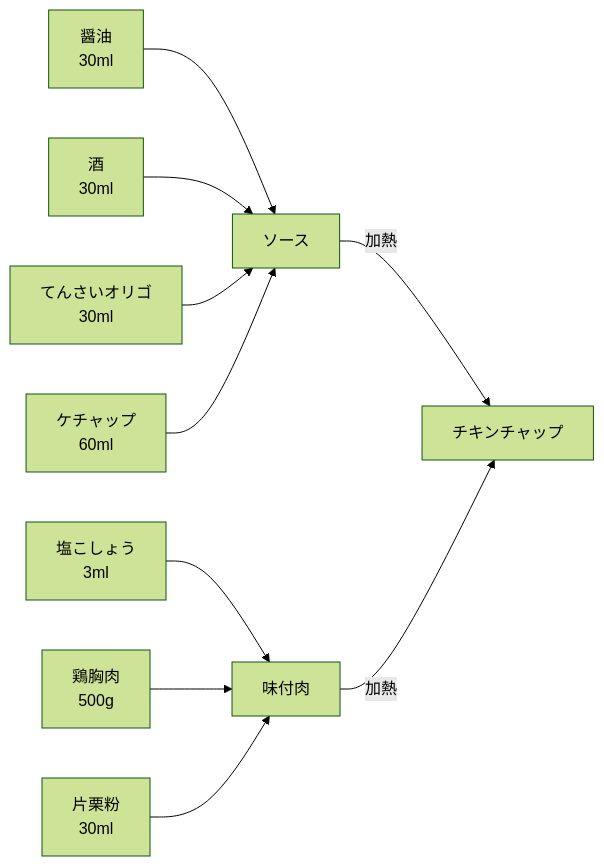
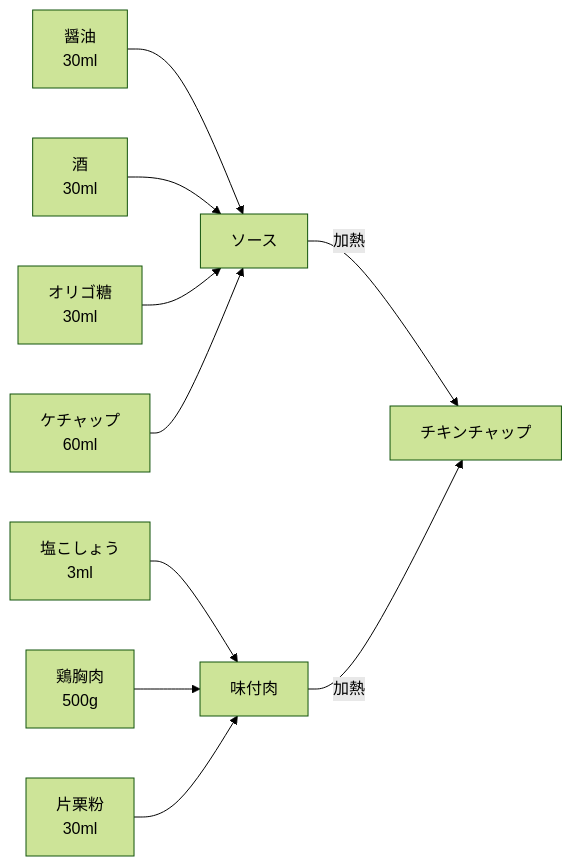
The diagram in chicken-tchup.md (r7kamura/cooking), drawn with Mermaid (forest theme) before and after one commit. The commit also changed other lines of this file and 2 other files, not shown here.

````diff
--- a/chicken-tchup.md
+++ b/chicken-tchup.md
@@ -5,14 +5,14 @@
 ```mermaid
 flowchart LR;
 
 醤油\n30ml --> ソース
 酒\n30ml --> ソース
-てんさいオリゴ\n30ml --> ソース
+オリゴ糖\n30ml --> ソース
 ケチャップ\n60ml --> ソース
 ソース -- 加熱 --> チキンチャップ
 塩こしょうA --> 味付肉
 塩こしょうA[塩こしょう\n3ml]
 鶏胸肉\n500g --> 味付肉
 片栗粉\n30ml --> 味付肉
 味付肉 -- 加熱 --> チキンチャップ
 ```
````
